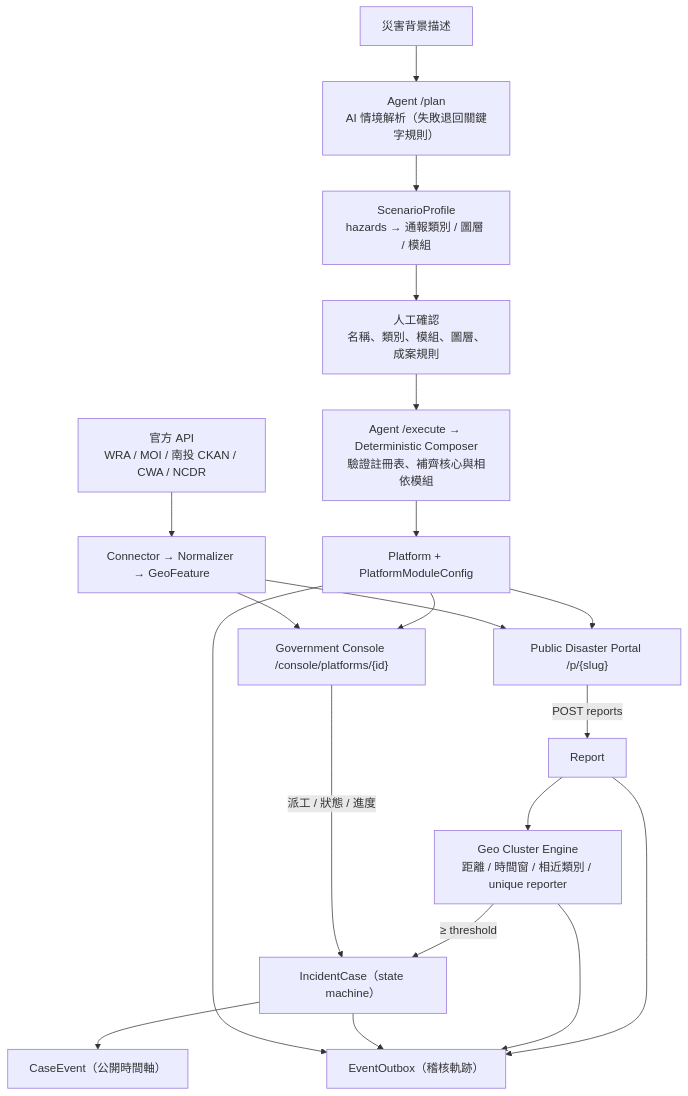
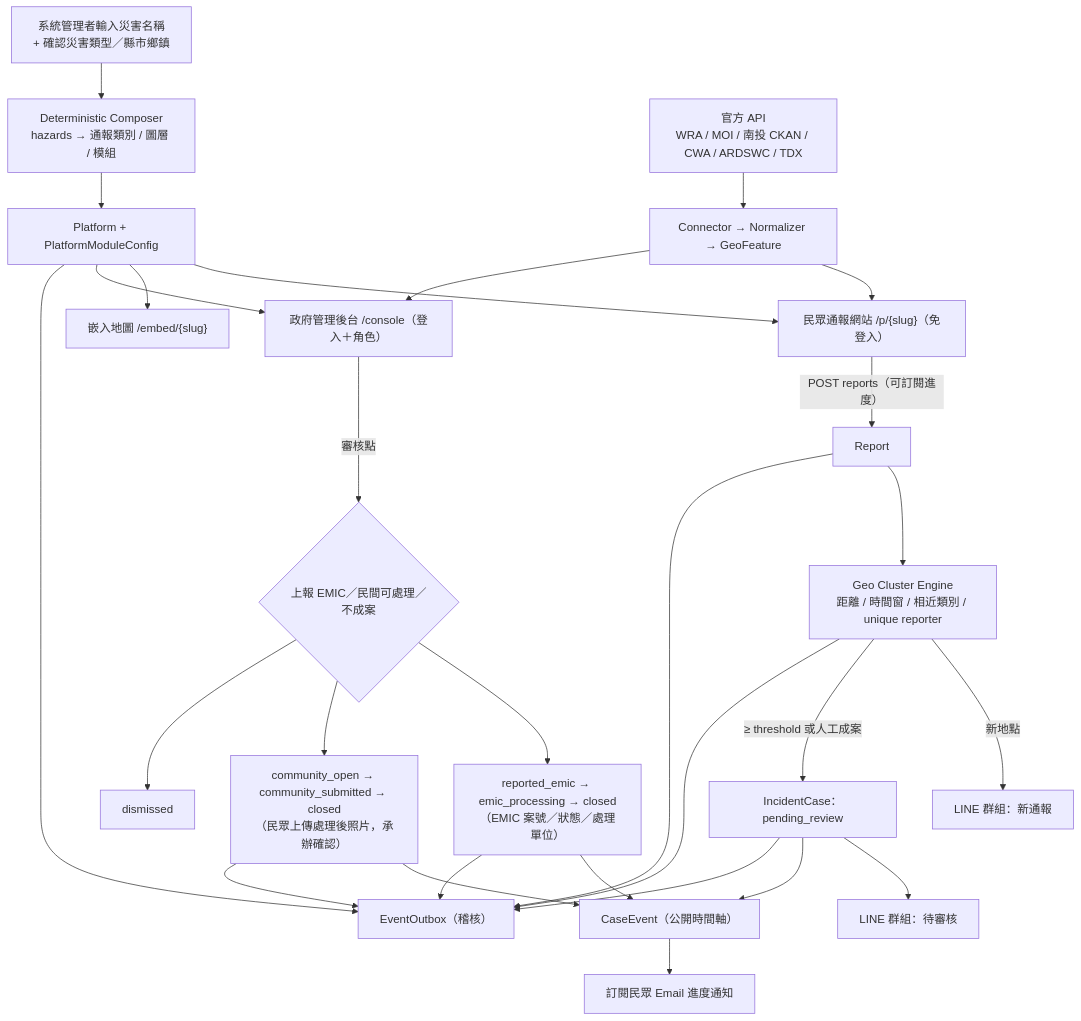
One commit to edenfunf/aidflow changed the diagram in docs/architecture.md. Above: the diagram before and after it, drawn with Mermaid. The commit also changed other lines of this file and 148 other files, not shown here.

````diff
--- a/docs/architecture.md
+++ b/docs/architecture.md
@@ -5,17 +5,21 @@
 ```mermaid
 flowchart TD
-  B["災害背景描述"] --> P["Agent /plan<br/>AI 情境解析（失敗退回關鍵字規則）"]
-  P --> S["ScenarioProfile<br/>hazards → 通報類別 / 圖層 / 模組"]
-  S --> H["人工確認<br/>名稱、類別、模組、圖層、成案規則"]
-  H --> X["Agent /execute → Deterministic Composer<br/>驗證註冊表、補齊核心與相依模組"]
+  N["系統管理者輸入災害名稱<br/>+ 確認災害類型／縣市鄉鎮"] --> X["Deterministic Composer<br/>hazards → 通報類別 / 圖層 / 模組"]
   X --> PL["Platform + PlatformModuleConfig"]
-  PL --> PUB["Public Disaster Portal /p/{slug}"]
-  PL --> CON["Government Console /console/platforms/{id}"]
-  PUB -->|"POST reports"| R["Report"]
+  PL --> PUB["民眾通報網站 /p/{slug}（免登入）"]
+  PL --> EMB["嵌入地圖 /embed/{slug}"]
+  PL --> CON["政府管理後台 /console（登入＋角色）"]
+  PUB -->|"POST reports（可訂閱進度）"| R["Report"]
   R --> C["Geo Cluster Engine<br/>距離 / 時間窗 / 相近類別 / unique reporter"]
-  C -->|"≥ threshold"| IC["IncidentCase（state machine）"]
-  CON -->|"派工 / 狀態 / 進度"| IC
-  IC --> E["CaseEvent（公開時間軸）"]
-  R & C & IC & PL --> O["EventOutbox（稽核軌跡）"]
-  OD["官方 API<br/>WRA / MOI / 南投 CKAN / CWA / NCDR"] --> CN["Connector → Normalizer → GeoFeature"] --> PUB & CON
+  C -->|"新地點"| L1["LINE 群組：新通報"]
+  C -->|"≥ threshold 或人工成案"| PR["IncidentCase：pending_review"]
+  PR --> L2["LINE 群組：待審核"]
+  CON -->|"審核點"| D{"上報 EMIC／民間可處理／不成案"}
+  D --> E["reported_emic → emic_processing → closed<br/>（EMIC 案號／狀態／處理單位）"]
+  D --> CM["community_open → community_submitted → closed<br/>（民眾上傳處理後照片，承辦確認）"]
+  D --> DS["dismissed"]
+  PR & E & CM --> TL["CaseEvent（公開時間軸）"]
+  TL --> M["訂閱民眾 Email 進度通知"]
+  R & C & PR & E & CM & PL --> O["EventOutbox（稽核）"]
+  OD["官方 API<br/>WRA / MOI / 南投 CKAN / CWA / ARDSWC / TDX"] --> CN["Connector → Normalizer → GeoFeature"] --> PUB & CON
 ```
````
